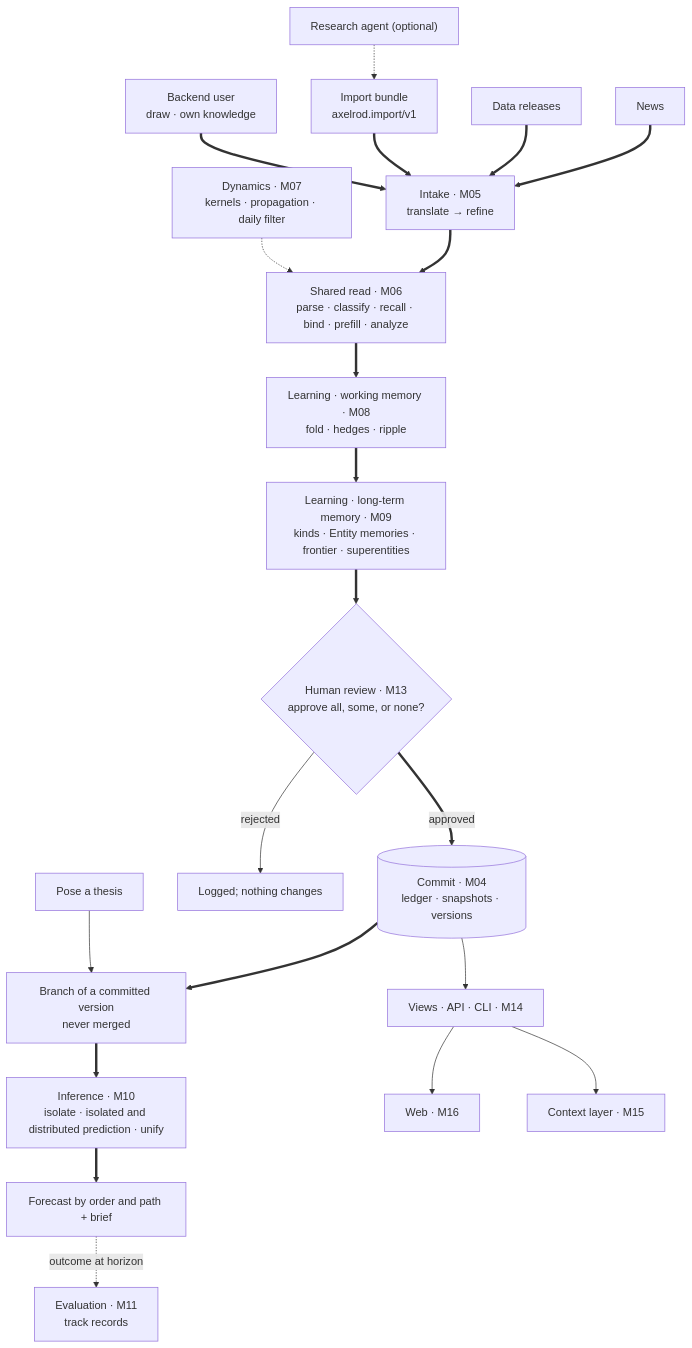
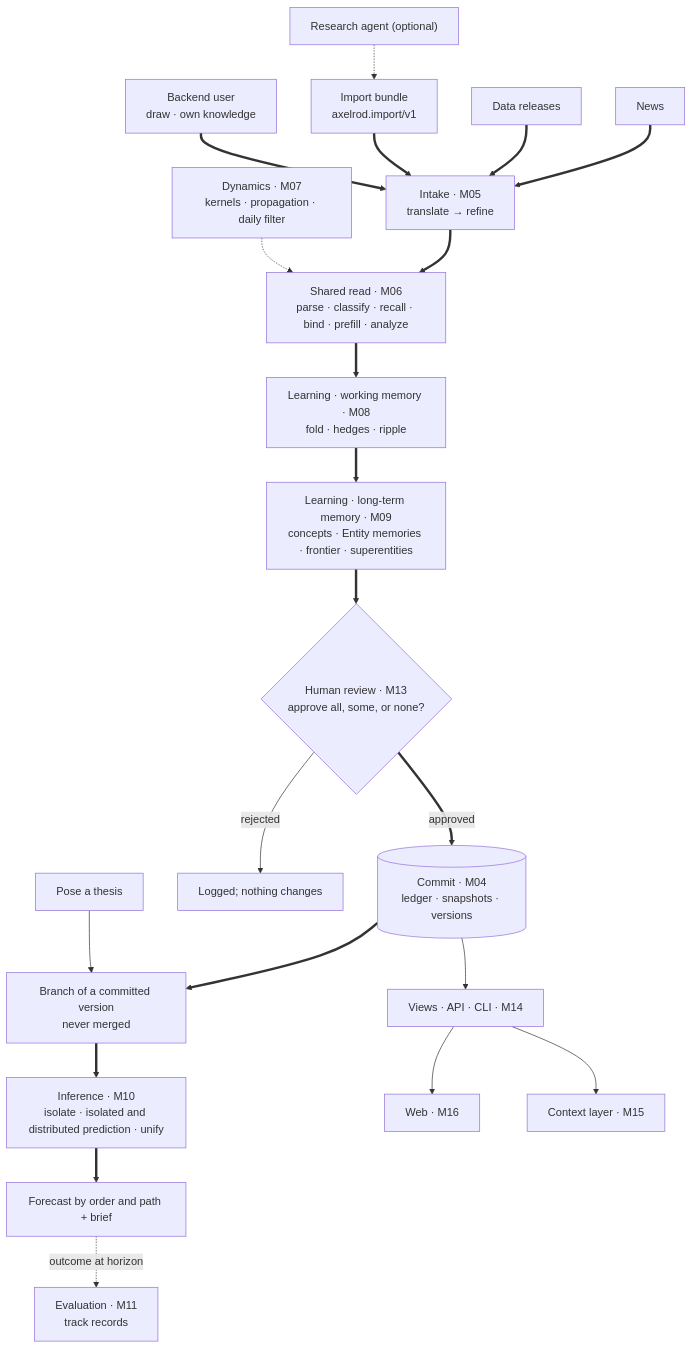
The diagram in docs/design/diagrams/system-map.mmd (Axelrod-AI-Engineering/world-model), drawn with Mermaid before and after one commit. The commit also changed 59 other files, not shown here.

```diff
--- a/docs/design/diagrams/system-map.mmd
+++ b/docs/design/diagrams/system-map.mmd
@@ -1,18 +1,18 @@
 flowchart TD
   S1["News"]:::start & S2["Data releases"]:::start & S3["Import bundle<br/>axelrod.import/v1"]:::start & S4["Backend user<br/>draw · own knowledge"]:::start ==> INT["Intake · M05<br/>translate → refine"]:::step
   INT ==> SR["Shared read · M06<br/>parse · classify · recall · bind · prefill · analyze"]:::step
   SR ==> LWM["Learning · working memory · M08<br/>fold · hedges · ripple"]:::wm
-  LWM ==> LLTM["Learning · long-term memory · M09<br/>kinds · Entity memories · frontier · superentities"]:::ltm
+  LWM ==> LLTM["Learning · long-term memory · M09<br/>concepts · Entity memories · frontier · superentities"]:::ltm
   LLTM ==> REV{"Human review · M13<br/>approve all, some, or none?"}:::check
   REV ==>|approved| REPO[("Commit · M04<br/>ledger · snapshots · versions")]:::store
   REPO ==> BR["Branch of a committed version<br/>never merged"]:::step
   BR ==> INF["Inference · M10<br/>isolate · isolated and distributed prediction · unify"]:::inf
   INF ==> FC["Forecast by order and path + brief"]:::done
   RA["Research agent (optional)"]:::ext -.-> S3
   DYN["Dynamics · M07<br/>kernels · propagation · daily filter"]:::step -.-> SR
   REV -->|rejected| LOG["Logged; nothing changes"]:::done
   TH["Pose a thesis"]:::start --> BR
   FC -.->|outcome at horizon| EVAL["Evaluation · M11<br/>track records"]:::opt
   REPO --> API["Views · API · CLI · M14"]:::step
   API --> WEB["Web · M16"]:::step
   API --> CTX["Context layer · M15"]:::step
```
